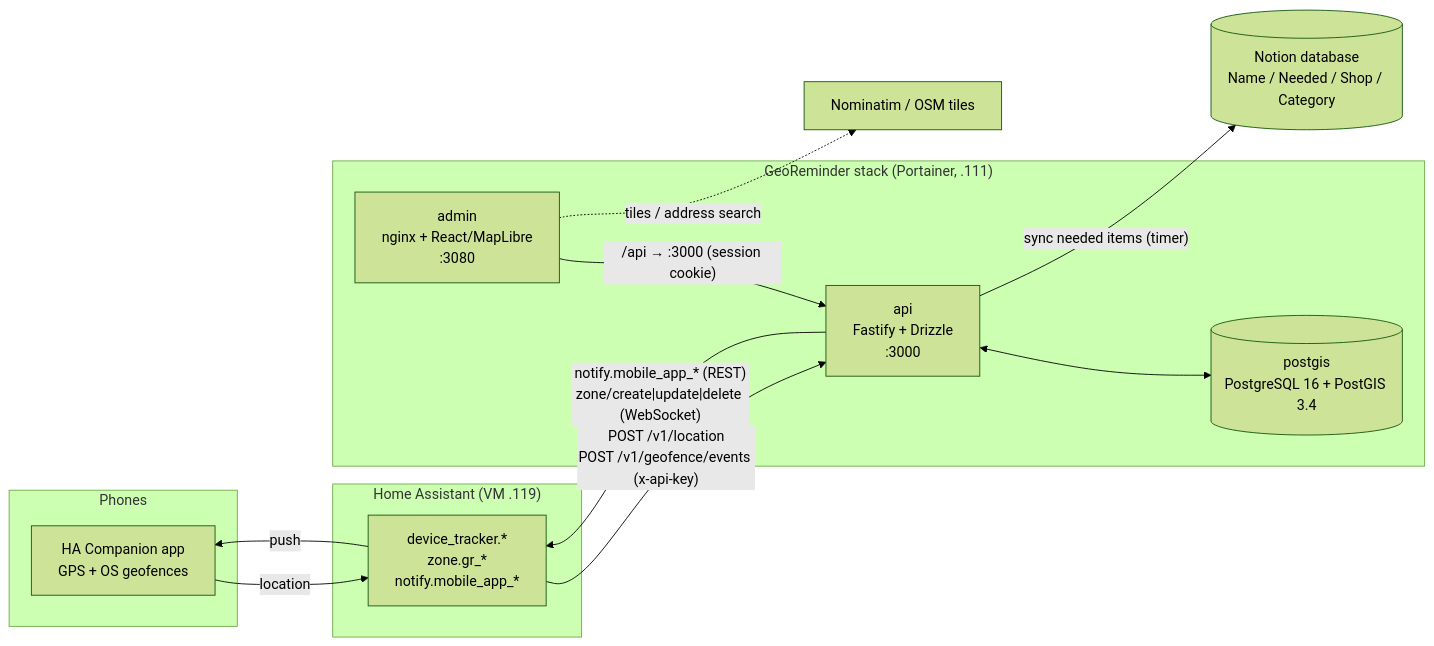
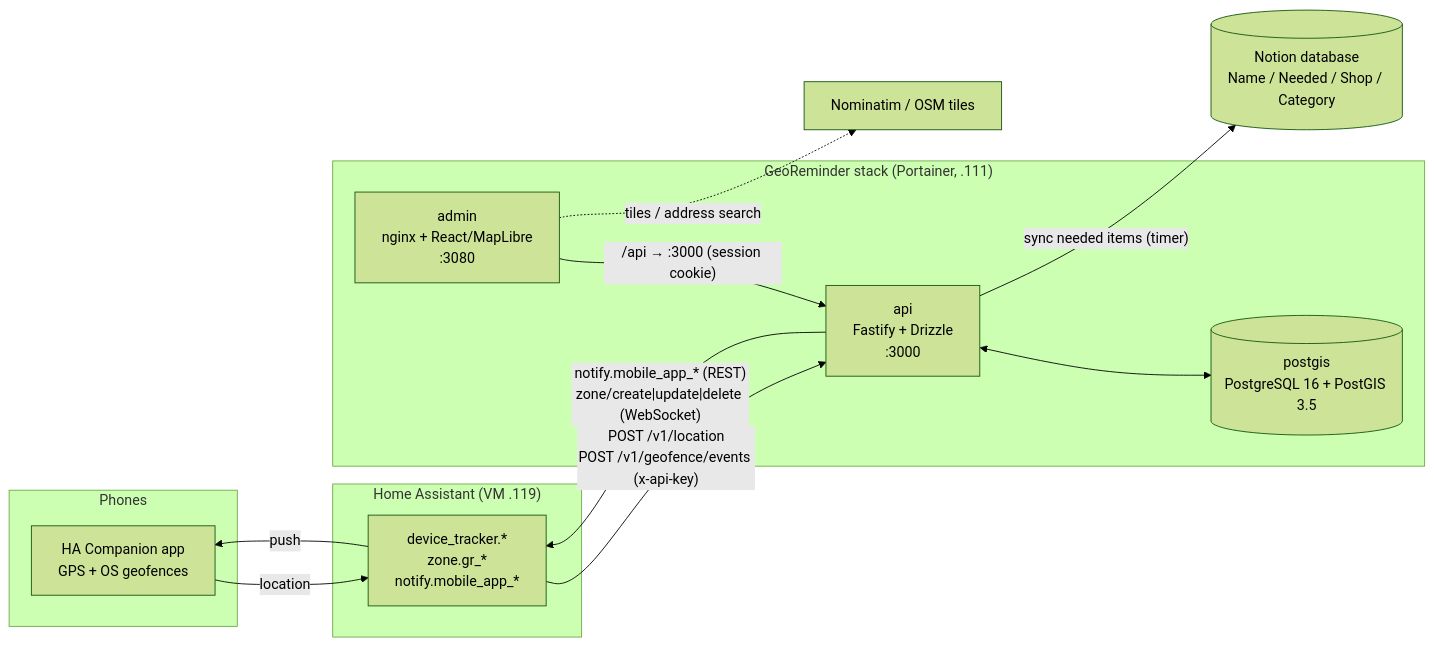
The diagram in README.md (Bacchusor/backend_geolocation), drawn with Mermaid (forest theme) before and after one commit. The commit also changed other lines of this file and 5 other files, not shown here.

````diff
--- a/README.md
+++ b/README.md
@@ -13,25 +13,25 @@
 ```mermaid
 flowchart LR
   subgraph Phones
     A[HA Companion app<br/>GPS + OS geofences]
   end
   subgraph "Home Assistant (VM .119)"
     HA[device_tracker.*<br/>zone.gr_*<br/>notify.mobile_app_*]
   end
   subgraph "GeoReminder stack (Portainer, .111)"
     ADMIN[admin<br/>nginx + React/MapLibre<br/>:3080]
     API[api<br/>Fastify + Drizzle<br/>:3000]
-    DB[(postgis<br/>PostgreSQL 16 + PostGIS 3.4)]
+    DB[(postgis<br/>PostgreSQL 16 + PostGIS 3.5)]
   end
   N[(Notion database<br/>Name / Needed / Shop / Category)]
   OSM[Nominatim / OSM tiles]
 
   A -- location --> HA
   HA -- "POST /v1/location<br/>POST /v1/geofence/events (x-api-key)" --> API
   API -- "notify.mobile_app_* (REST)<br/>zone/create|update|delete (WebSocket)" --> HA
   HA -- push --> A
   API <--> DB
   API -- "sync needed items (timer)" --> N
   ADMIN -- "/api → :3000 (session cookie)" --> API
   ADMIN -. tiles / address search .-> OSM
 ```
````
